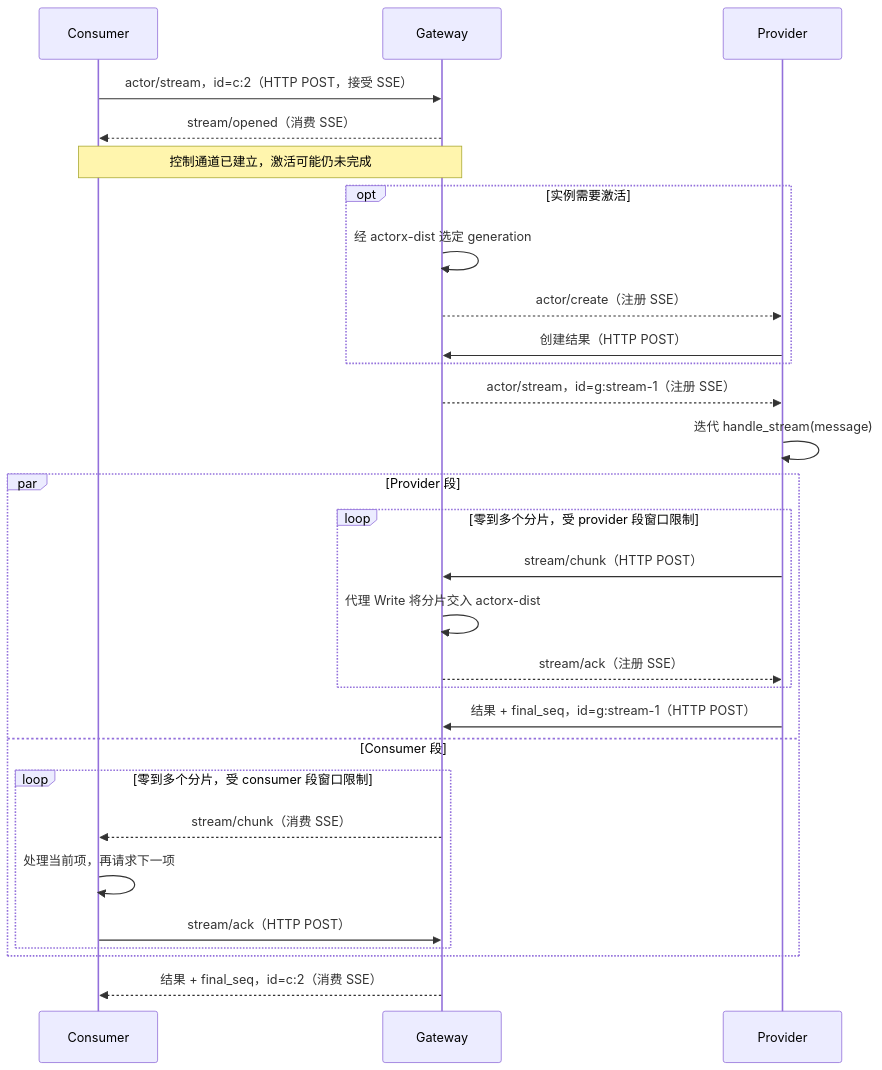
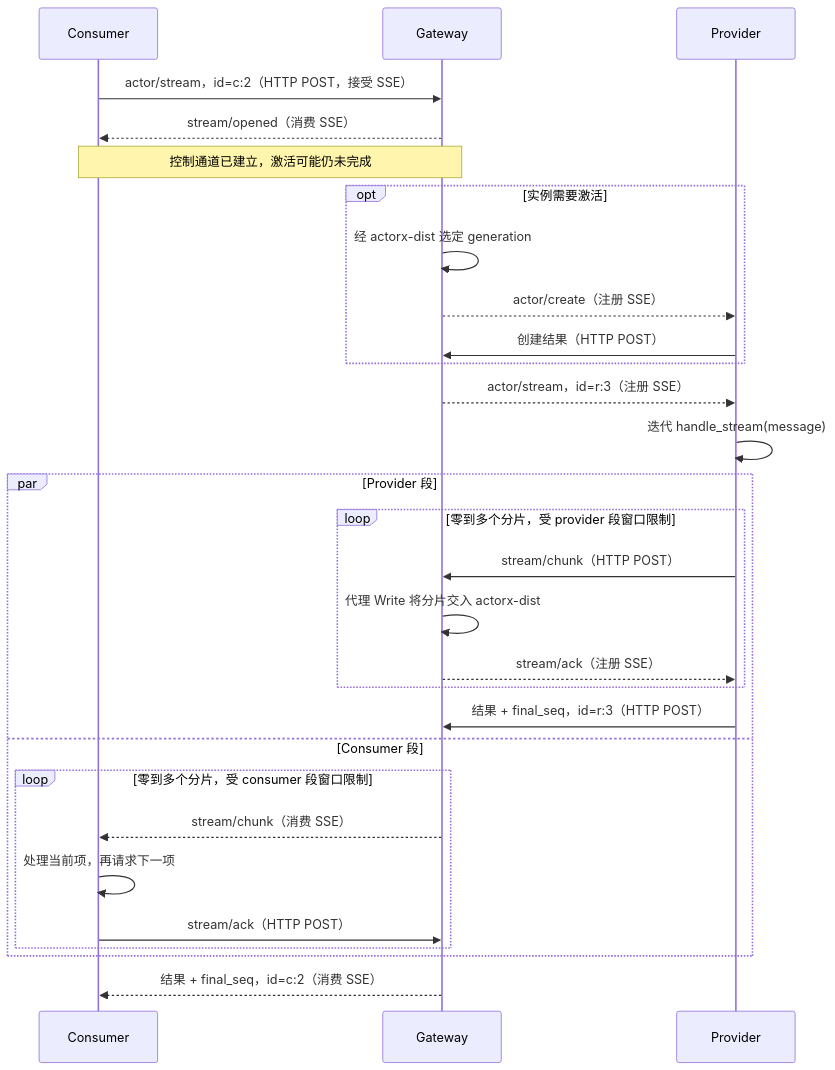
Before and after one commit to go-aie/actorx-dist: the third of 4 diagrams in remote/docs/protocol.zh.md, drawn with Mermaid. The commit also changed other lines of this file and 29 other files, not shown here.

````diff
--- a/remote/docs/protocol.zh.md
+++ b/remote/docs/protocol.zh.md
@@ -341,31 +321,31 @@
 ```mermaid
 sequenceDiagram
     participant C as Consumer
     participant G as Gateway
     participant P as Provider
     C->>G: actor/stream，id=c:2（HTTP POST，接受 SSE）
     G-->>C: stream/opened（消费 SSE）
     Note over C,G: 控制通道已建立，激活可能仍未完成
     opt 实例需要激活
         G->>G: 经 actorx-dist 选定 generation
         G-->>P: actor/create（注册 SSE）
         P->>G: 创建结果（HTTP POST）
     end
-    G-->>P: actor/stream，id=g:stream-1（注册 SSE）
+    G-->>P: actor/stream，id=r:3（注册 SSE）
     P->>P: 迭代 handle_stream(message)
     par Provider 段
         loop 零到多个分片，受 provider 段窗口限制
             P->>G: stream/chunk（HTTP POST）
             G->>G: 代理 Write 将分片交入 actorx-dist
             G-->>P: stream/ack（注册 SSE）
         end
-        P->>G: 结果 + final_seq，id=g:stream-1（HTTP POST）
+        P->>G: 结果 + final_seq，id=r:3（HTTP POST）
     and Consumer 段
         loop 零到多个分片，受 consumer 段窗口限制
             G-->>C: stream/chunk（消费 SSE）
             C->>C: 处理当前项，再请求下一项
             C->>G: stream/ack（HTTP POST）
         end
     end
     G-->>C: 结果 + final_seq，id=c:2（消费 SSE）
 ```
````
